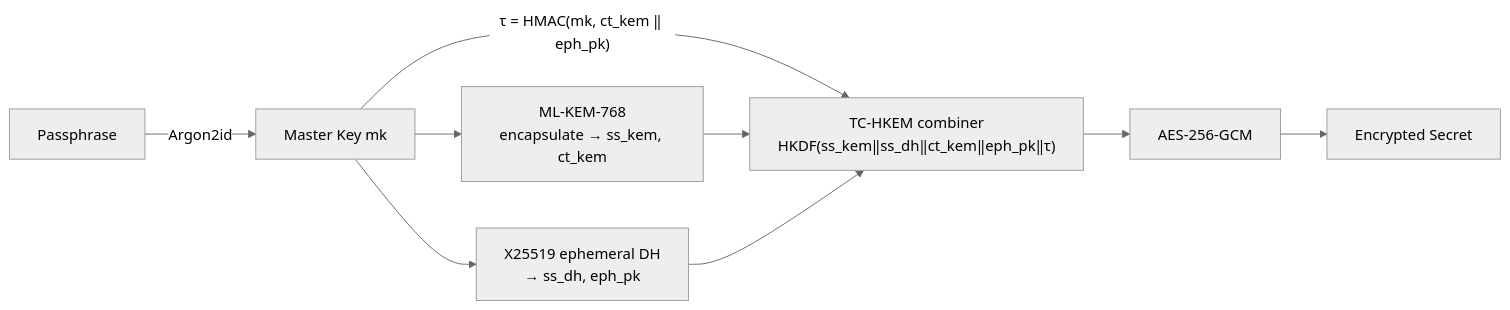
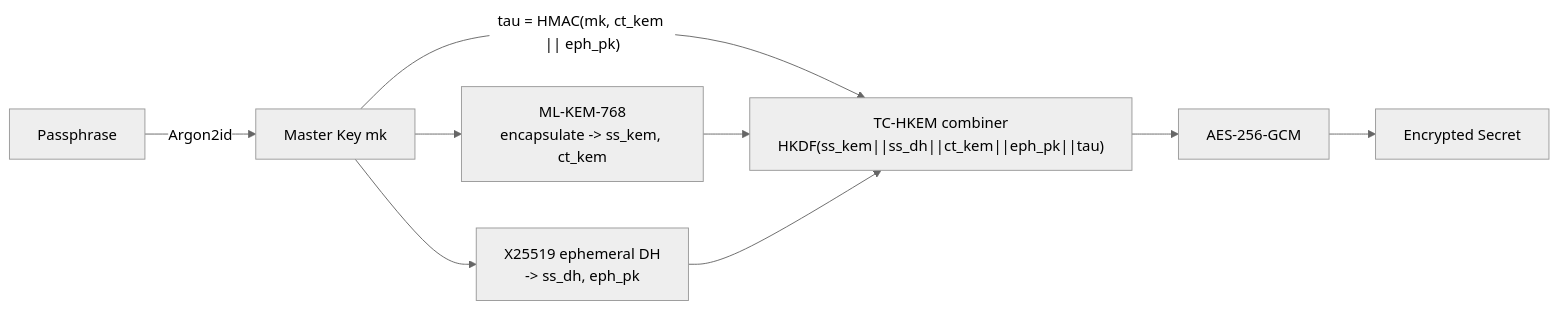
The diagram in README.md (johnzfitch/dota), drawn with Mermaid (neutral theme) before and after one commit. The commit also changed other lines of this file and 38 other files, not shown here.

````diff
--- a/README.md
+++ b/README.md
@@ -30,11 +31,11 @@
 ```mermaid
 flowchart LR
     A[Passphrase] -->|Argon2id| B[Master Key mk]
-    B --> C["ML-KEM-768\nencapsulate → ss_kem, ct_kem"]
-    B --> D["X25519 ephemeral DH\n→ ss_dh, eph_pk"]
-    B -->|"τ = HMAC(mk, ct_kem ‖ eph_pk)"| E
-    C --> E["TC-HKEM combiner\nHKDF(ss_kem‖ss_dh‖ct_kem‖eph_pk‖τ)"]
+    B --> C["ML-KEM-768\nencapsulate -> ss_kem, ct_kem"]
+    B --> D["X25519 ephemeral DH\n-> ss_dh, eph_pk"]
+    B -->|"tau = HMAC(mk, ct_kem || eph_pk)"| E
+    C --> E["TC-HKEM combiner\nHKDF(ss_kem||ss_dh||ct_kem||eph_pk||tau)"]
     D --> E
     E --> F["AES-256-GCM"]
     F --> G[Encrypted Secret]
 ```
````
